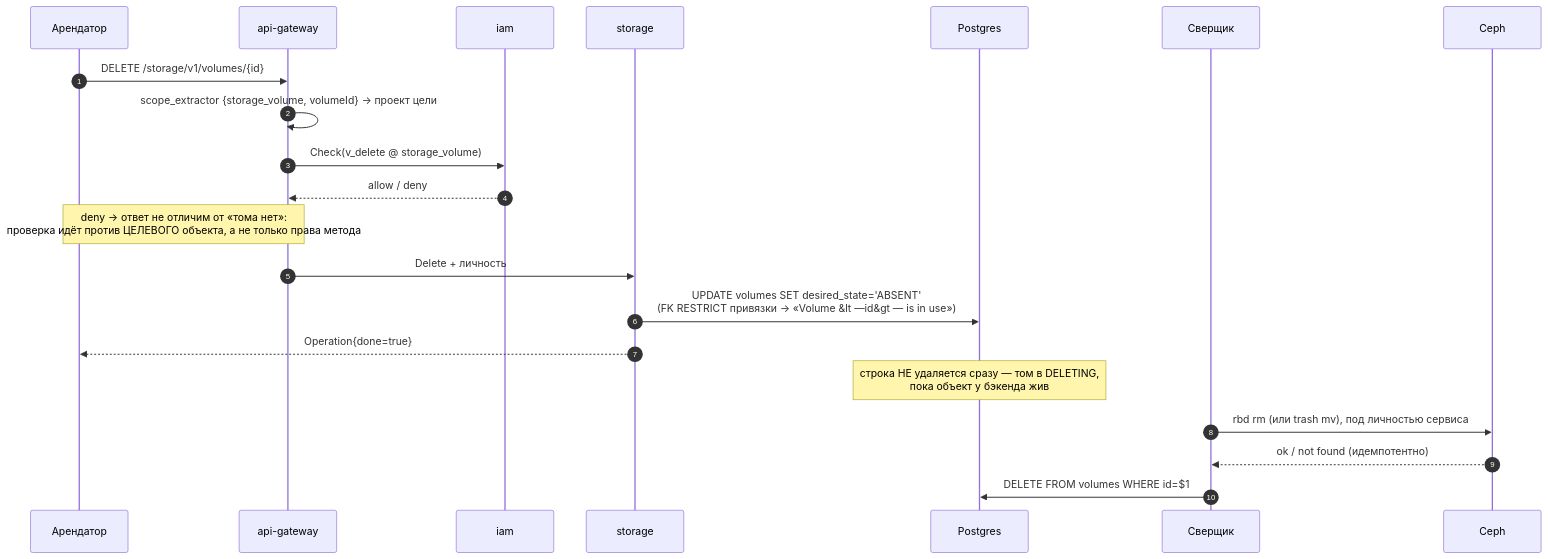
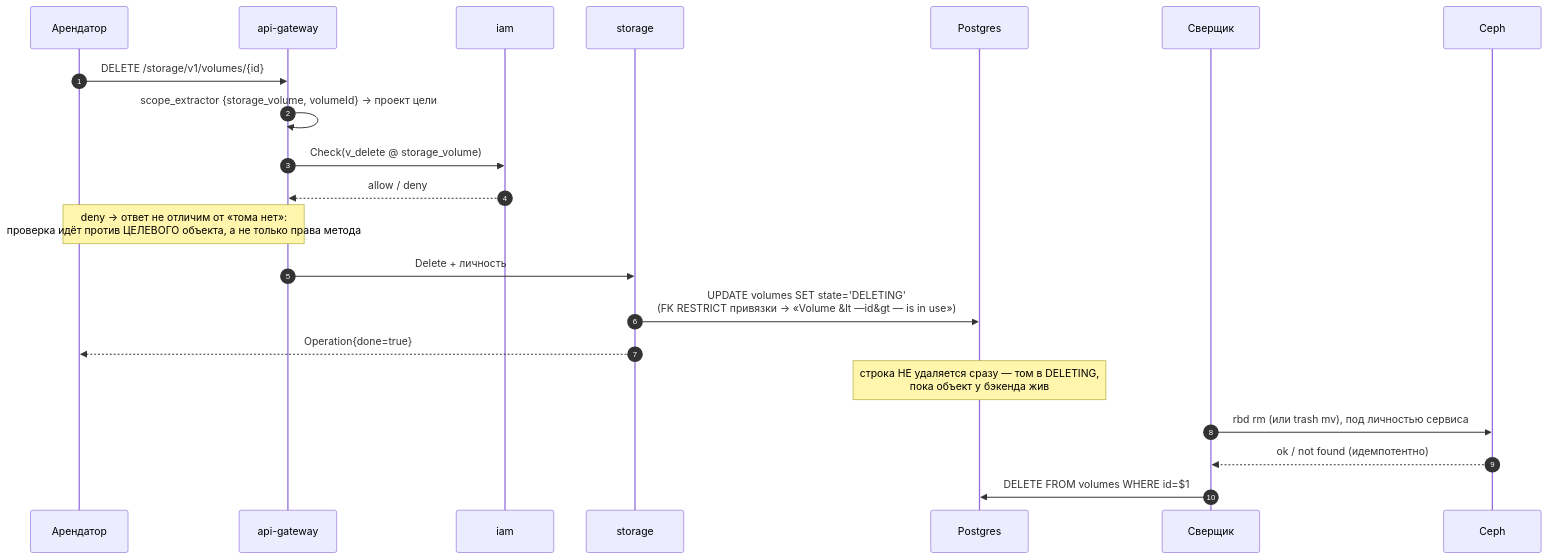
The eighth of 11 diagrams in docs/plans/storage-production-api-plan.md (PRO-Robotech/kacho-workspace), drawn with Mermaid before and after one commit. The commit also changed other lines of this file and 3 other files, not shown here.

````diff
--- a/docs/plans/storage-production-api-plan.md
+++ b/docs/plans/storage-production-api-plan.md
@@ -784,24 +957,24 @@
 ```mermaid
 sequenceDiagram
     autonumber
     participant T as Арендатор
     participant G as api-gateway
     participant IAM as iam
     participant S as storage
     participant DB as Postgres
     participant R as Сверщик
     participant C as Ceph
 
     T->>G: DELETE /storage/v1/volumes/{id}
     G->>G: scope_extractor {storage_volume, volumeId} → проект цели
     G->>IAM: Check(v_delete @ storage_volume)
     IAM-->>G: allow / deny
     Note over G,T: deny → ответ не отличим от «тома нет»:<br/>проверка идёт против ЦЕЛЕВОГО объекта, а не только права метода
     G->>S: Delete + личность
-    S->>DB: UPDATE volumes SET desired_state='ABSENT'<br/>(FK RESTRICT привязки → «Volume &lt —id&gt — is in use»)
+    S->>DB: UPDATE volumes SET state='DELETING'<br/>(FK RESTRICT привязки → «Volume &lt —id&gt — is in use»)
     S-->>T: Operation{done=true}
     Note over DB: строка НЕ удаляется сразу — том в DELETING,<br/>пока объект у бэкенда жив
     R->>C: rbd rm (или trash mv), под личностью сервиса
     C-->>R: ok / not found (идемпотентно)
     R->>DB: DELETE FROM volumes WHERE id=$1
 ```
````
